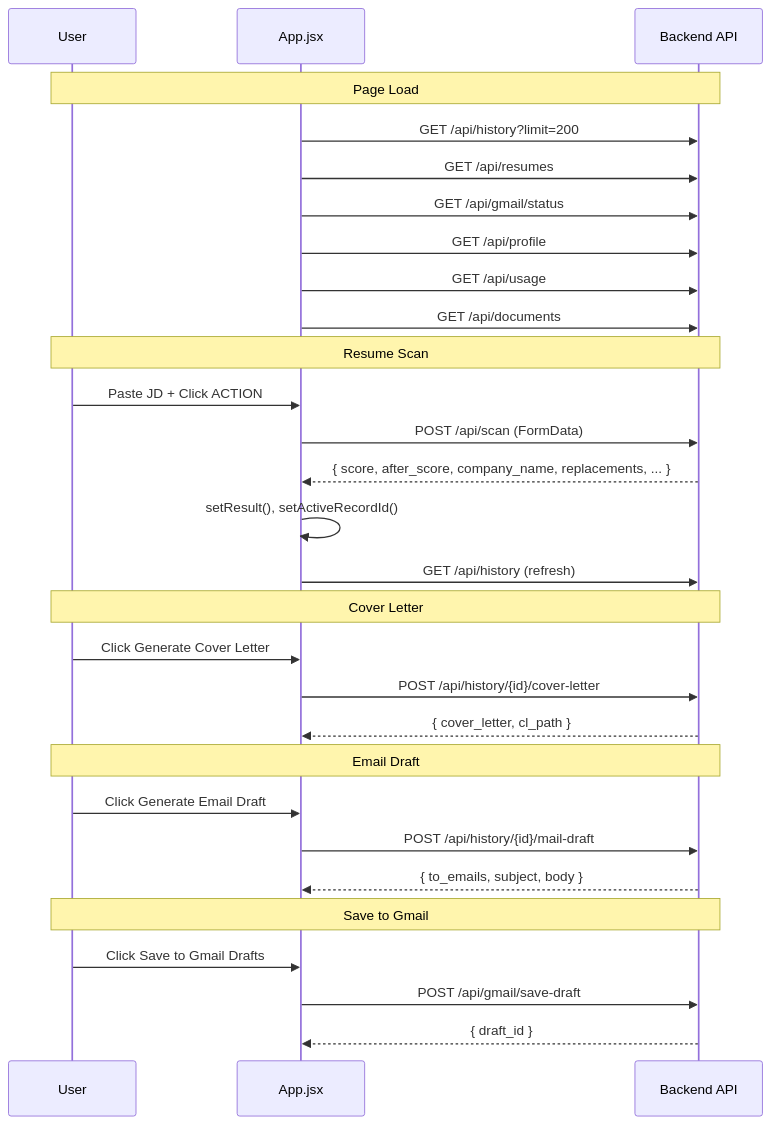
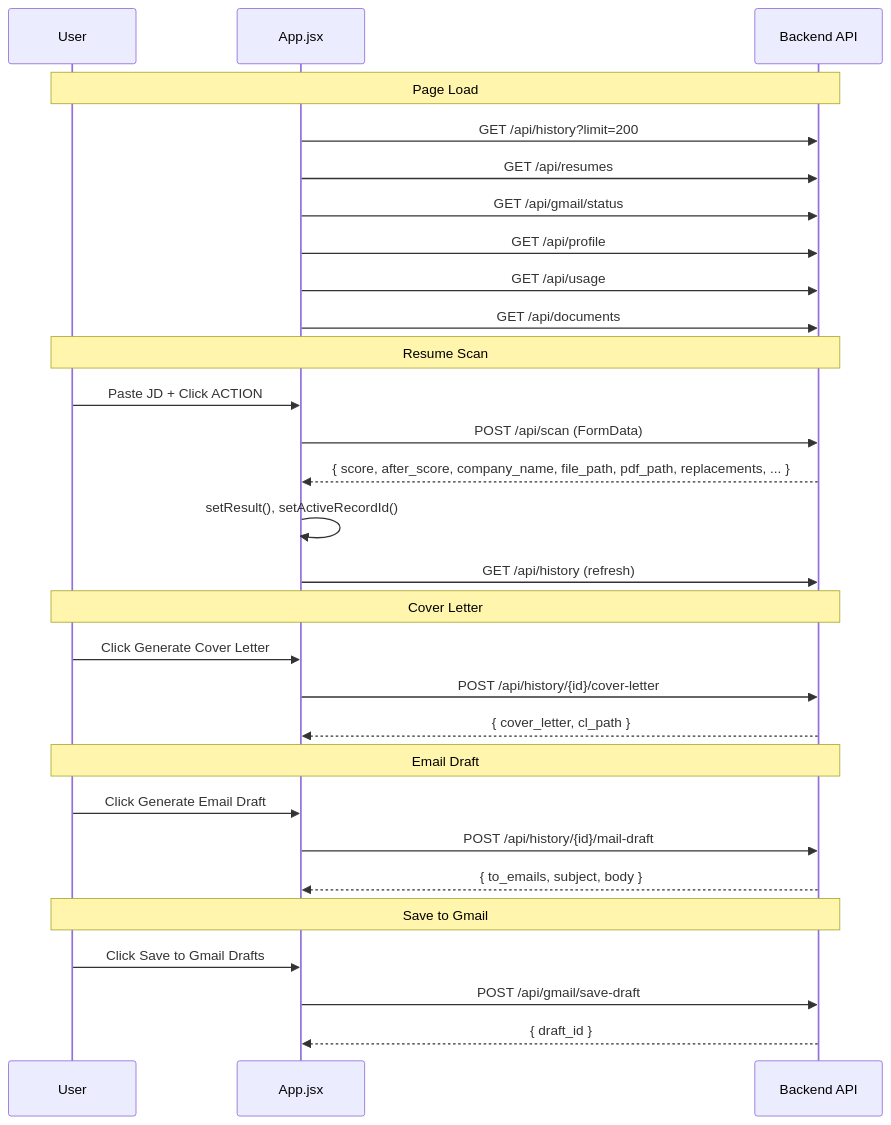
The third of 3 diagrams in docx/Frontend_Architecture.md (tejamahesh1433/job-trailerd-resume), drawn with Mermaid before and after one commit. The commit also changed other lines of this file and 9 other files, not shown here.

````diff
--- a/docx/Frontend_Architecture.md
+++ b/docx/Frontend_Architecture.md
@@ -226,36 +224,36 @@
 ```mermaid
 sequenceDiagram
     participant U as User
     participant A as App.jsx
     participant B as Backend API
 
     Note over U,B: Page Load
     A->>B: GET /api/history?limit=200
     A->>B: GET /api/resumes
     A->>B: GET /api/gmail/status
     A->>B: GET /api/profile
     A->>B: GET /api/usage
     A->>B: GET /api/documents
 
     Note over U,B: Resume Scan
     U->>A: Paste JD + Click ACTION
     A->>B: POST /api/scan (FormData)
-    B-->>A: { score, after_score, company_name, replacements, ... }
+    B-->>A: { score, after_score, company_name, file_path, pdf_path, replacements, ... }
     A->>A: setResult(), setActiveRecordId()
     A->>B: GET /api/history (refresh)
 
     Note over U,B: Cover Letter
     U->>A: Click Generate Cover Letter
     A->>B: POST /api/history/{id}/cover-letter
     B-->>A: { cover_letter, cl_path }
 
     Note over U,B: Email Draft
     U->>A: Click Generate Email Draft
     A->>B: POST /api/history/{id}/mail-draft
     B-->>A: { to_emails, subject, body }
 
     Note over U,B: Save to Gmail
     U->>A: Click Save to Gmail Drafts
     A->>B: POST /api/gmail/save-draft
     B-->>A: { draft_id }
 ```
````
